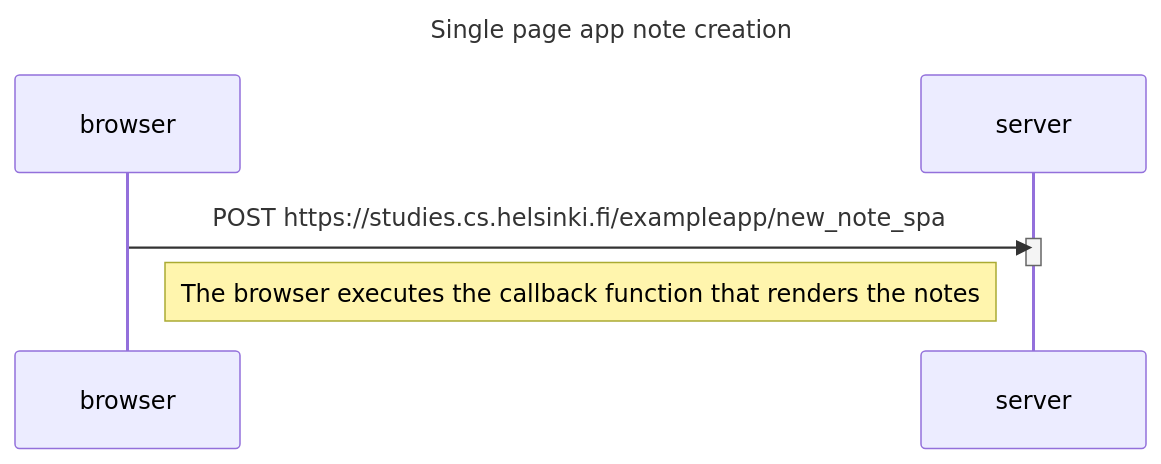
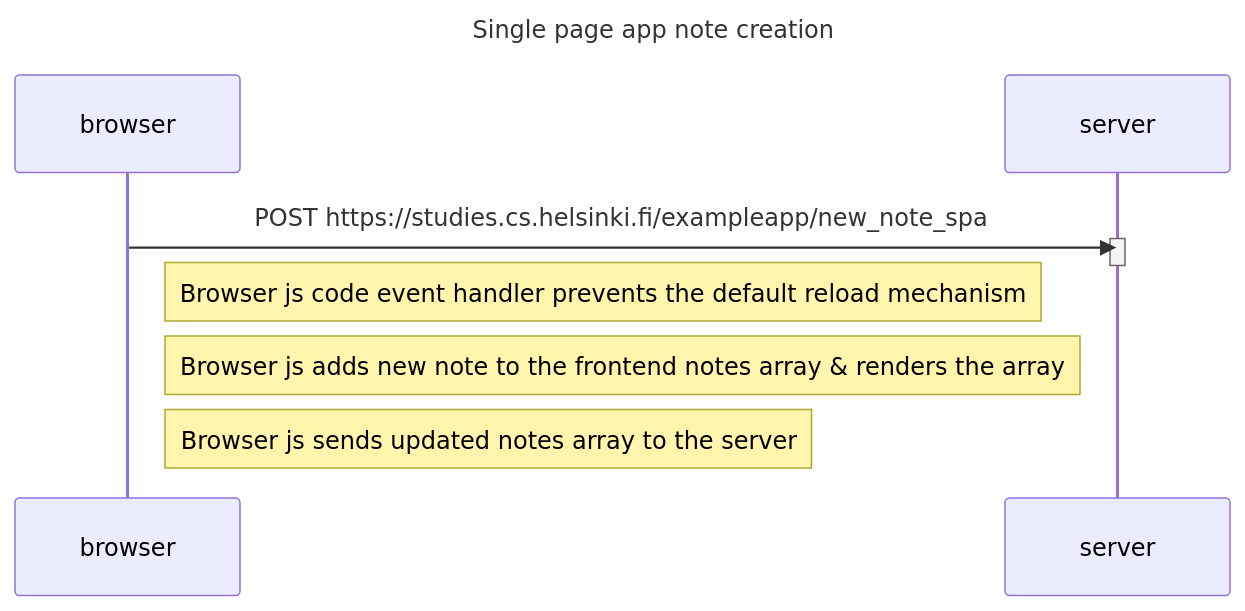
One commit to cunbex/FullStackOpen-Exercises changed the diagram in part0/06.md. Above: the diagram before and after it, drawn with Mermaid. The commit also changed 2 other files, not shown here.

Commit message:
Update diagram's & add part0 README.md

````diff
--- a/part0/06.md
+++ b/part0/06.md
@@ -1,12 +1,13 @@
 ```mermaid
 sequenceDiagram
     title Single page app note creation
     participant browser
     participant server
 
     browser->>server: POST https://studies.cs.helsinki.fi/exampleapp/new_note_spa
     activate server
     deactivate server
-
-    Note right of browser: The browser executes the callback function that renders the notes
+    Note right of browser: Browser js code event handler prevents the default reload mechanism
+    Note right of browser: Browser js adds new note to the frontend notes array & renders the array
+    Note right of browser: Browser js sends updated notes array to the server
 ```
````
